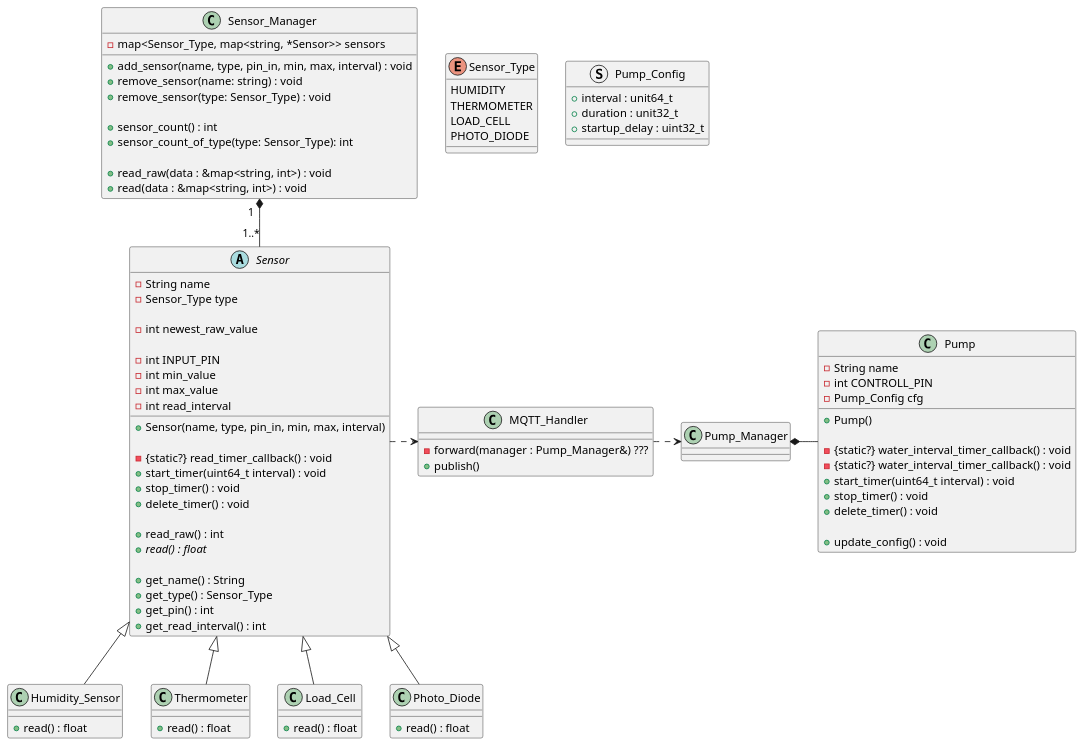
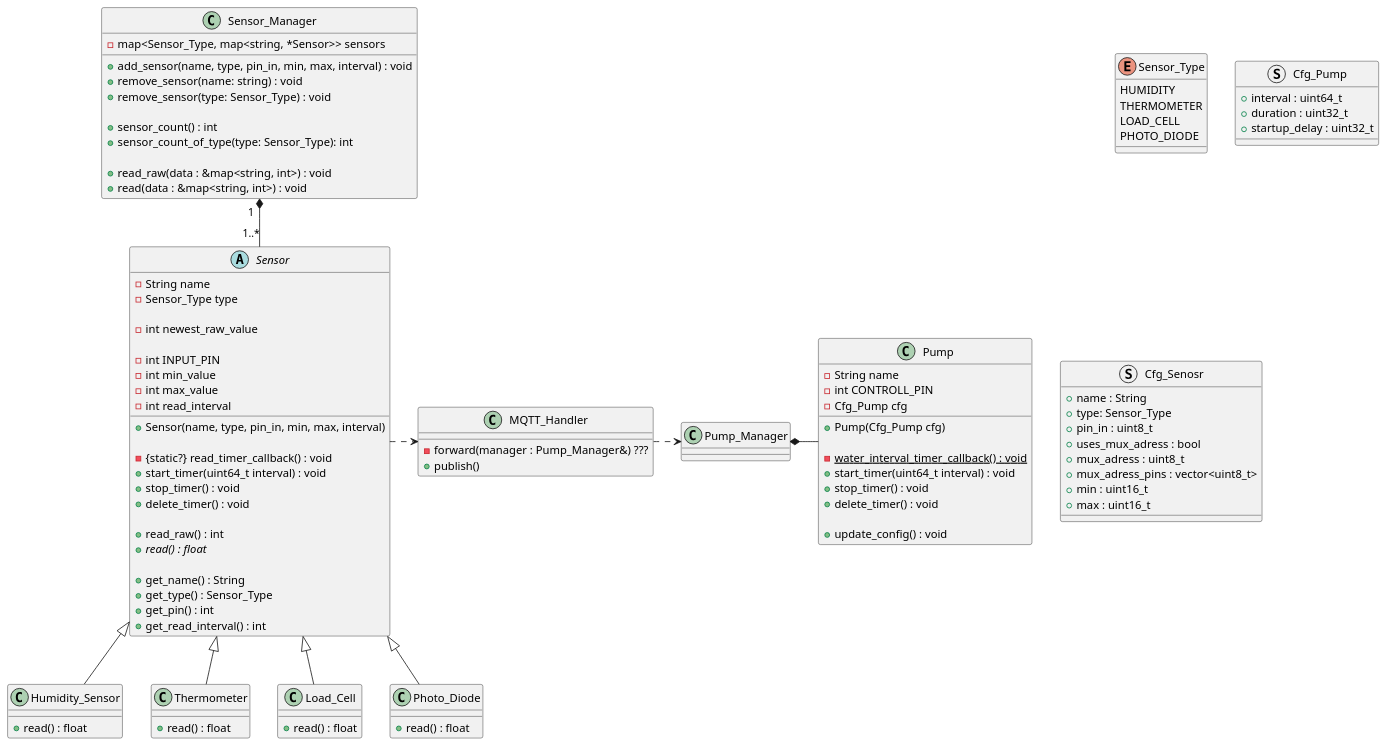
One commit to Einar-Eide/vanningsystem_v2 changed the diagram in planing/classes.puml. Above: the diagram before and after it, drawn with PlantUML. The commit also changed 6 other files, not shown here.

```diff
--- a/planing/classes.puml
+++ b/planing/classes.puml
@@ -1,119 +1,129 @@
 @startuml
 
 'enum
 enum Sensor_Type {
     HUMIDITY
     THERMOMETER
     LOAD_CELL
     PHOTO_DIODE
 }
 
 
 'struct (this one might be removed)
-struct Pump_Config {
-    +interval : unit64_t
-    +duration : unit32_t
+struct Cfg_Pump {
+    +interval : uint64_t
+    +duration : uint32_t
     +startup_delay : uint32_t
+}
+
+struct Cfg_Senosr {
+    +name : String 
+    +type: Sensor_Type
+    +pin_in : uint8_t
+    +uses_mux_adress : bool
+    +mux_adress : uint8_t 
+    +mux_adress_pins : vector<uint8_t> 
+    +min : uint16_t 
+    +max : uint16_t
 }
 
 'class
 class Pump {
     -String name
     -int CONTROLL_PIN
-    -Pump_Config cfg
+    -Cfg_Pump cfg
 
-    +Pump()
+    +Pump(Cfg_Pump cfg)
 
-    -{static?} water_interval_timer_callback() : void
-    -{static?} water_interval_timer_callback() : void
+    -{static} water_interval_timer_callback() : void
     +start_timer(uint64_t interval) : void
     +stop_timer() : void
     +delete_timer() : void
 
     +update_config() : void
 }
 
 class Pump_Manager {
 
 }
 
 
 abstract class Sensor {
     -String name
     -Sensor_Type type
 
     -int newest_raw_value
     
     -int INPUT_PIN
     -int min_value
     -int max_value
     -int read_interval
 
     +Sensor(name, type, pin_in, min, max, interval)
 
     -{static?} read_timer_callback() : void
     +start_timer(uint64_t interval) : void
     +stop_timer() : void
     +delete_timer() : void
 
     +read_raw() : int
     +{abstract} read() : float
 
     +get_name() : String
     +get_type() : Sensor_Type
     +get_pin() : int
     +get_read_interval() : int
 }
 
 class Sensor_Manager {
     -map<Sensor_Type, map<string, *Sensor>> sensors
     
     +add_sensor(name, type, pin_in, min, max, interval) : void
     +remove_sensor(name: string) : void
     +remove_sensor(type: Sensor_Type) : void
 
     +sensor_count() : int
     +sensor_count_of_type(type: Sensor_Type): int
 
     +read_raw(data : &map<string, int>) : void
     +read(data : &map<string, int>) : void
 }
 
 class Humidity_Sensor {
     +read() : float
 }
 
 class Thermometer {
     +read() : float
 }
 
 class Load_Cell {
     +read() : float
 }
 
 class Photo_Diode {
     +read() : float
 }
 
 'her har jeg lite kontroll på hvordan dette faktisk kommer til å fingere 
 class MQTT_Handler {
     -forward(manager : Pump_Manager&) ???
     +publish()
 }
 
 
 'relations
 
 'Pump
 Pump_Manager *- Pump
 MQTT_Handler .> Pump_Manager
 
 'Sensor
 Sensor_Manager "1  " *-- "1..*" Sensor
 Sensor <|-- Humidity_Sensor
 Sensor <|-- Thermometer
 Sensor <|-- Load_Cell
 Sensor <|-- Photo_Diode
 Sensor .> MQTT_Handler
 
 @enduml
```
